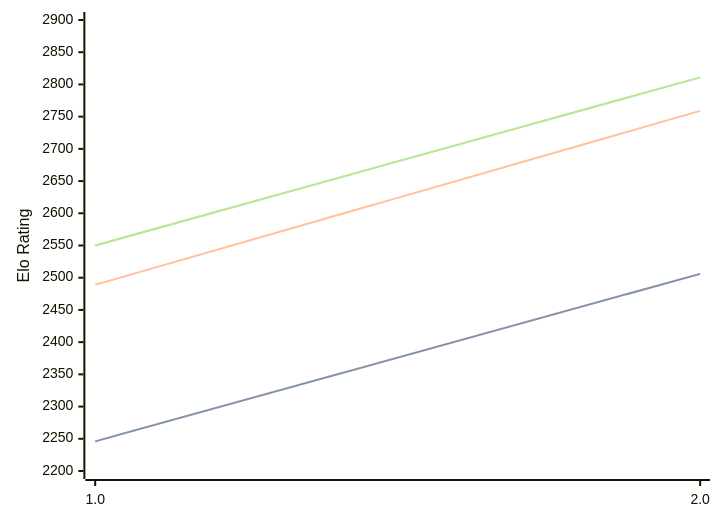
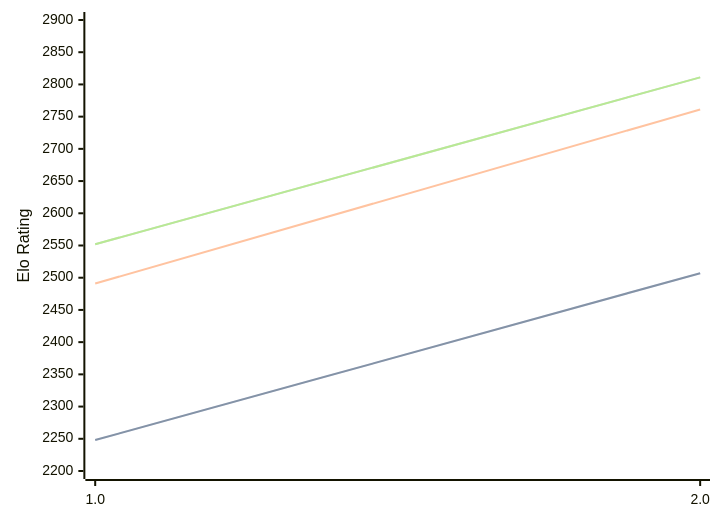
One commit to computer-chess-index/cci changed the diagram in engines/Revolver.md. Above: the diagram before and after it, drawn with Mermaid. The commit also changed other lines of this file, not shown here.

Commit message:
Update CCI Ratings (ELO VLTC) - 2026-08-15

````diff
--- a/engines/Revolver.md
+++ b/engines/Revolver.md
@@ -32,11 +32,11 @@
 ```mermaid
 %%{init: {"theme":"base","themeVariables":{"seriesColors:['#a3a3a3','#222221','#faa371']}}}%%
 xychart-beta
   x-axis ["1.0", "2.0"]
   y-axis "Elo Rating" 2200 --> 2900
-  line "STC (8.0+0.08s)" [2246, 2506]
-  line "STC (8.0+0.08s)" [2246, 2506]
-  line "LTC (60.0+0.60s)" [2489, 2759]
-  line "VLTC (2m24s+1.12s)" [2550, 2811]
-  line "VLTC (2m24s+1.12s)" [2550, 2811]
+  line "STC (8.0+0.08s)" [2248, 2507]
+  line "STC (8.0+0.08s)" [2248, 2507]
+  line "LTC (60.0+0.60s)" [2491, 2761]
+  line "VLTC (2m24s+1.12s)" [2552, 2811]
+  line "VLTC (2m24s+1.12s)" [2552, 2811]
 ```
````
